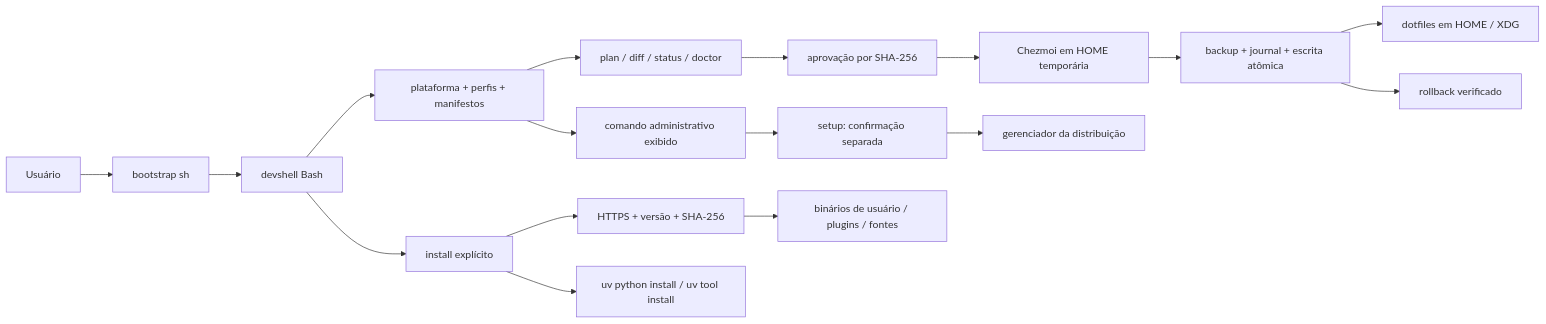
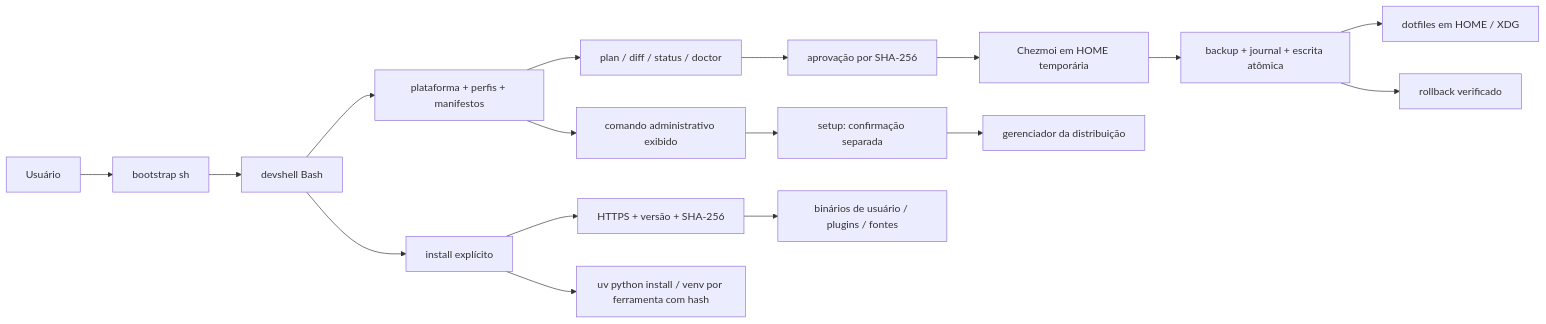
Before and after one commit to talesgomes27/data-lab-dotfiles: the diagram in docs/ARCHITECTURE.md, drawn with Mermaid. The commit also changed other lines of this file and 29 other files, not shown here.

First line of the commit message:
feat: ferramentas Python em venvs com hash obrigatório (Bloco C) (#13)

````diff
--- a/docs/ARCHITECTURE.md
+++ b/docs/ARCHITECTURE.md
@@ -15,19 +15,19 @@
 ```mermaid
 flowchart LR
   U[Usuário] --> B[bootstrap sh]
   B --> C[devshell Bash]
   C --> P[plataforma + perfis + manifestos]
   P --> Q[plan / diff / status / doctor]
   Q --> A[aprovação por SHA-256]
   A --> R[Chezmoi em HOME temporária]
   R --> T[backup + journal + escrita atômica]
   T --> D[dotfiles em HOME / XDG]
   T --> K[rollback verificado]
   C --> I[install explícito]
   I --> V[HTTPS + versão + SHA-256]
   V --> L[binários de usuário / plugins / fontes]
-  I --> UV[uv python install / uv tool install]
+  I --> UV[uv python install / venv por ferramenta com hash]
   P --> M[comando administrativo exibido]
   M --> S[setup: confirmação separada]
   S --> N[gerenciador da distribuição]
 ```
````
